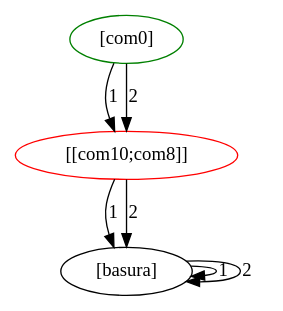
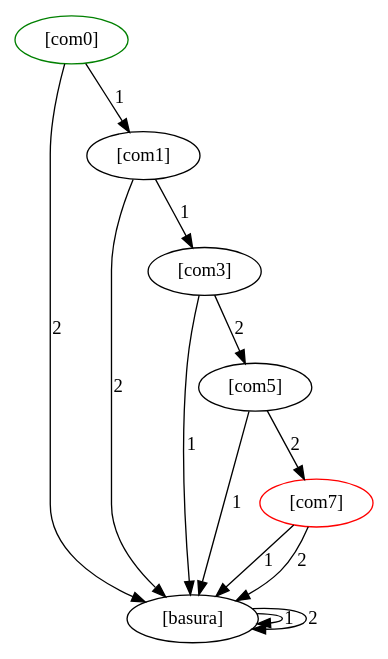
The diagram in com.dot (ChrisChV/Finite_Automata_Class), drawn with Graphviz before and after one commit. The commit also changed 11 other files, not shown here.

```diff
--- a/com.dot
+++ b/com.dot
@@ -1,12 +1,21 @@
 digraph{
-0 [label="[[com10;com8]]"color = "red"];
-0->2 [label="1"];
-0->2 [label="2"];
-2 [label="[basura]"color = "black"];
-2->2 [label="1"];
-2->2 [label="2"];
-1 [label="[com0]"color = "black"];
-1->0 [label="1"];
+5 [label="[basura]"color = "black"];
+5->5 [label="1"];
+5->5 [label="2"];
+4 [label="[com0]"color = "black"];
+4->5 [label="2"];
+4->3 [label="1"];
+3 [label="[com1]"color = "black"];
+3->5 [label="2"];
+3->2 [label="1"];
+2 [label="[com3]"color = "black"];
+2->5 [label="1"];
+2->1 [label="2"];
+1 [label="[com5]"color = "black"];
+1->5 [label="1"];
 1->0 [label="2"];
-1 [label = "[com0]"color = "green"];
+0 [label="[com7]"color = "red"];
+0->5 [label="1"];
+0->5 [label="2"];
+4 [label = "[com0]"color = "green"];
 }
```
